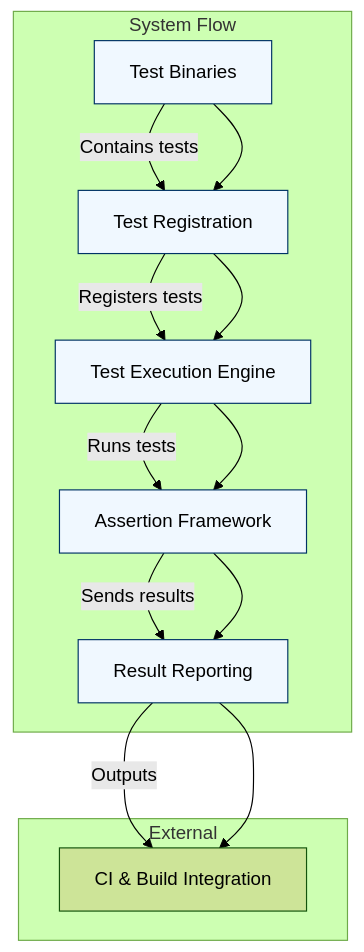
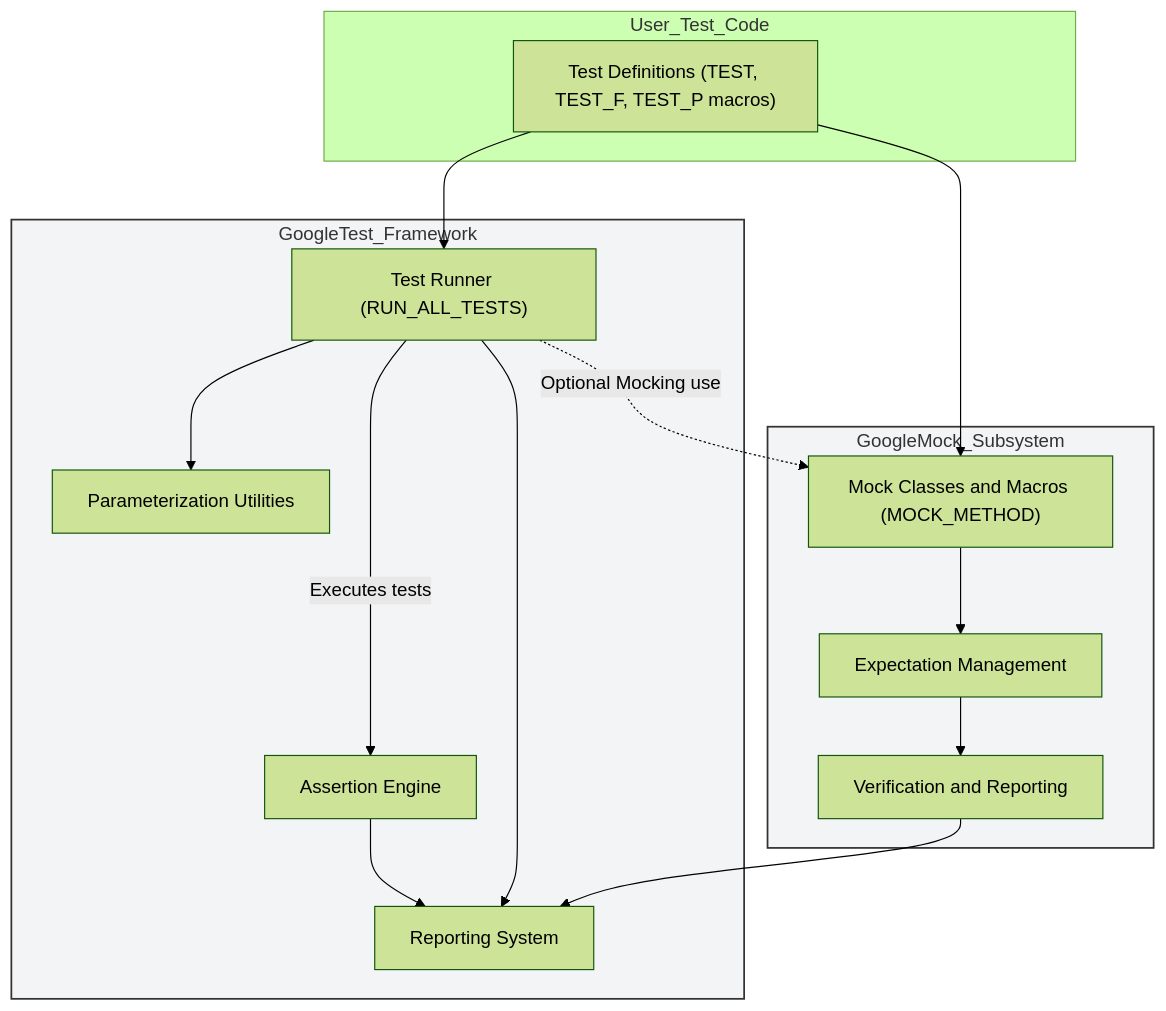
One commit to clidey/docucod-public-project-869ef7c3-7eff-4ad2-9765-2698303f14d7 changed the diagram in overview/architecture-and-concepts/system-architecture.mdx. Above: the diagram before and after it, drawn with Mermaid (forest theme). The commit also changed other lines of this file and 55 other files, not shown here.

````diff
--- a/overview/architecture-and-concepts/system-architecture.mdx
+++ b/overview/architecture-and-concepts/system-architecture.mdx
@@ -37,29 +27,40 @@
 ```mermaid
 flowchart TD
-  TB[Test Binaries]
-  TR[Test Registration]
-  TE[Test Execution Engine]
-  AF[Assertion Framework]
-  RR[Result Reporting]
-  CI[CI & Build Integration]
 
-  TB -->|Contains tests| TR
-  TR -->|Registers tests| TE
-  TE -->|Runs tests| AF
-  AF -->|Sends results| RR
-  RR -->|Outputs| CI
-
-  subgraph System Flow
-    TB --> TR --> TE --> AF --> RR
+  subgraph User_Test_Code
+    TestDefs["Test Definitions (TEST, TEST_F, TEST_P macros)"]
   end
 
-  subgraph External
-    CI
+  subgraph GoogleTest_Framework
+    TestRunner["Test Runner (RUN_ALL_TESTS)"]
+    AssertionEngine["Assertion Engine"]
+    Parameterization["Parameterization Utilities"]
+    Reporting["Reporting System"]
   end
 
-  RR --> CI
+  subgraph GoogleMock_Subsystem
+    MockSupport["Mock Classes and Macros (MOCK_METHOD)"]
+    MockExpectation["Expectation Management"]
+    MockVerification["Verification and Reporting"]
+  end
 
-  classDef systemFill fill:#f0f8ff,stroke:#036,stroke-width:1px
-  class TB,TR,TE,AF,RR systemFill
-  class CI fill:#FFF0F5,stroke:#900,stroke-width:1px
+  %% Flows
+  TestDefs --> TestRunner -->|Executes tests| AssertionEngine
+  TestRunner --> Parameterization
+  AssertionEngine --> Reporting
+  TestRunner --> Reporting
+
+  %% Mock Subsystem Interactions
+  TestDefs --> MockSupport
+  MockSupport --> MockExpectation --> MockVerification --> Reporting
+
+  %% Optional Mocking Flow
+  TestRunner -.->|Optional Mocking use| MockSupport
+
+  %% Styling
+  classDef subsys fill:#f3f4f6,stroke:#333,stroke-width:1.5px;
+  class User_Test_Code fill:#dbeafe,stroke:#2563eb,stroke-width:1.5px;
+
+  class GoogleTest_Framework,GoogleMock_Subsystem subsys;
+
 ```
````
